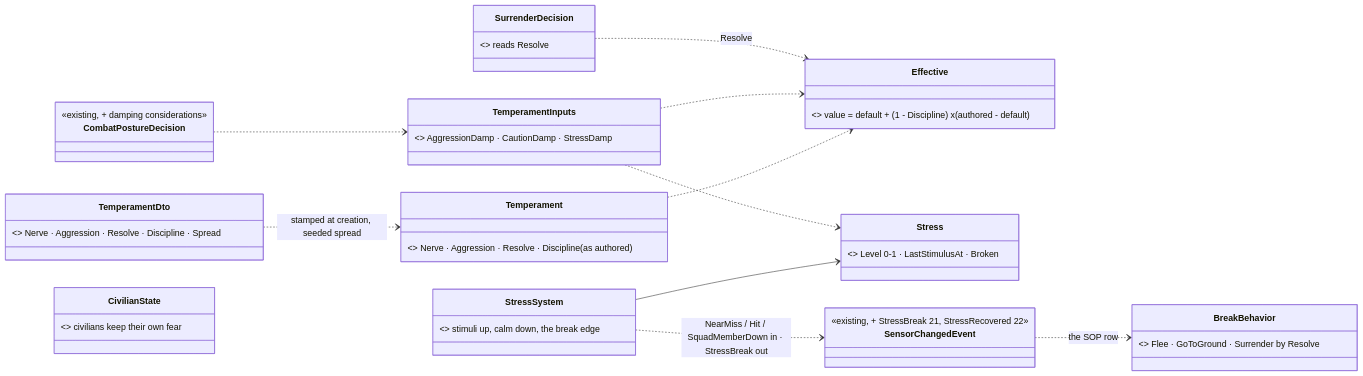
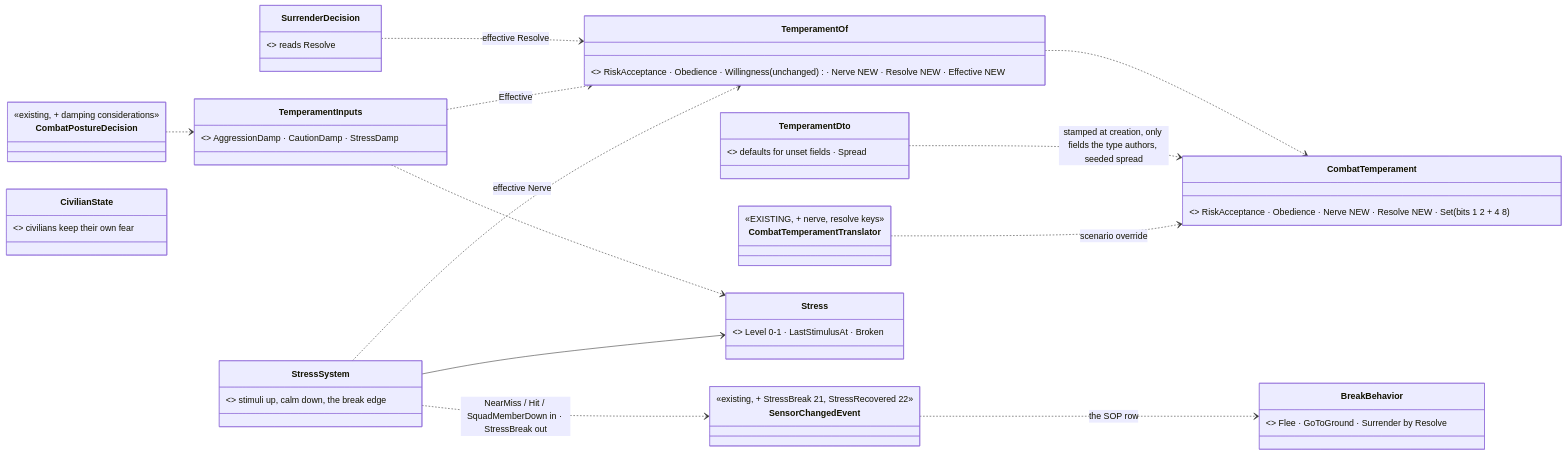
Before and after one commit to pjanec/HROT: the first of 3 diagrams in docs/DESIGN_Temperament_And_Stress.md, drawn with Mermaid. The commit also changed other lines of this file and 6 other files, not shown here.

First line of the commit message:
docs(behaviors): temperament merged into the existing AQ89 CombatTemperament (R-2034)

````diff
--- a/docs/DESIGN_Temperament_And_Stress.md
+++ b/docs/DESIGN_Temperament_And_Stress.md
@@ -45,24 +48,27 @@
 ```mermaid
 classDiagram
   direction LR
-  class TemperamentDto { <<NEW TKB descriptor, on the type>> Nerve · Aggression · Resolve · Discipline · Spread }
-  class Temperament { <<NEW component, brain node>> Nerve · Aggression · Resolve · Discipline (as authored) }
-  class Effective { <<NEW pure>> value = default + (1 - Discipline) x (authored - default) }
+  class CombatTemperament { <<EXISTING AQ89, + 2 fields>> RiskAcceptance · Obedience · Nerve NEW · Resolve NEW · Set (bits 1 2 + 4 8) }
+  class TemperamentOf { <<EXISTING, + readers>> RiskAcceptance · Obedience · Willingness (unchanged) · Nerve NEW · Resolve NEW · Effective NEW }
+  class CombatTemperamentTranslator { <<EXISTING, + nerve, resolve keys>> }
+  class TemperamentDto { <<NEW TKB descriptor, optional on the type>> defaults for unset fields · Spread }
   class Stress { <<NEW component, brain node>> Level 0-1 · LastStimulusAt · Broken }
   class StressSystem { <<NEW>> stimuli up, calm down, the break edge }
   class TemperamentInputs { <<NEW UtilityInputs>> AggressionDamp · CautionDamp · StressDamp }
   class CombatPostureDecision { <<existing, + damping considerations>> }
   class SensorChangedEvent { <<existing, + StressBreak 21, StressRecovered 22>> }
   class BreakBehavior { <<NEW library>> Flee · GoToGround · Surrender by Resolve }
   class SurrenderDecision { <<Building Clearing CB-28>> reads Resolve }
   class CivilianState { <<existing, untouched>> civilians keep their own fear }
-  TemperamentDto ..> Temperament : stamped at creation, seeded spread
-  Temperament ..> Effective
+  CombatTemperamentTranslator ..> CombatTemperament : scenario override
+  TemperamentDto ..> CombatTemperament : stamped at creation, only fields the type authors, seeded spread
+  TemperamentOf ..> CombatTemperament
   StressSystem --> Stress
+  StressSystem ..> TemperamentOf : effective Nerve
   StressSystem ..> SensorChangedEvent : NearMiss / Hit / SquadMemberDown in · StressBreak out
-  TemperamentInputs ..> Effective
+  TemperamentInputs ..> TemperamentOf : Effective
   TemperamentInputs ..> Stress
   CombatPostureDecision ..> TemperamentInputs
   SensorChangedEvent ..> BreakBehavior : the SOP row
-  SurrenderDecision ..> Effective : Resolve
+  SurrenderDecision ..> TemperamentOf : effective Resolve
 ```
````
